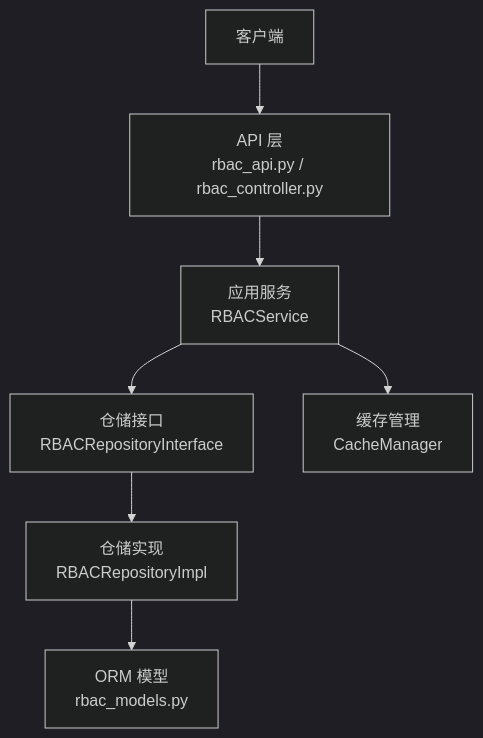
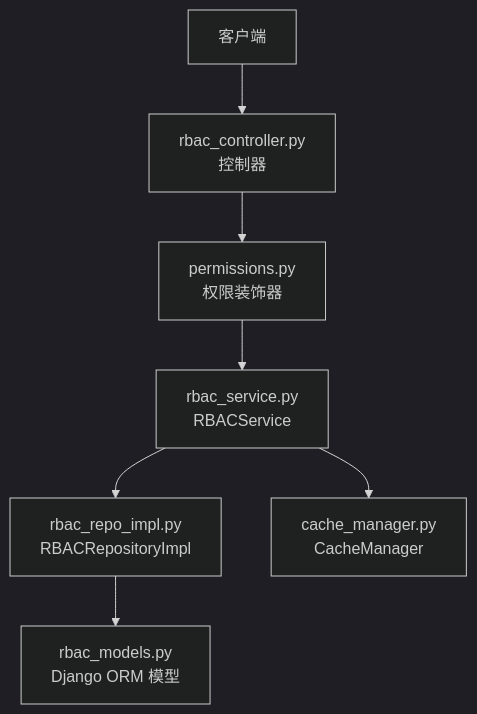
The second of 10 diagrams in .qoder/repowiki/zh/content/核心模块/权限管理系统.md (taoweidong/Hello-Django-Ninja-Api), drawn with Mermaid (dark theme) before and after one commit. The commit also changed other lines of this file and 96 other files, not shown here.

````diff
--- a/.qoder/repowiki/zh/content/核心模块/权限管理系统.md
+++ b/.qoder/repowiki/zh/content/核心模块/权限管理系统.md
@@ -125,9 +131,9 @@
 ```mermaid
 graph TB
-Client["客户端"] --> API["API 层<br/>rbac_api.py / rbac_controller.py"]
-API --> Service["应用服务<br/>RBACService"]
-Service --> Repo["仓储接口<br/>RBACRepositoryInterface"]
-Repo --> Impl["仓储实现<br/>RBACRepositoryImpl"]
-Impl --> Models["ORM 模型<br/>rbac_models.py"]
-Service --> Cache["缓存管理<br/>CacheManager"]
+Client["客户端"] --> API["rbac_controller.py<br/>控制器"]
+API --> Perm["permissions.py<br/>权限装饰器"]
+Perm --> Service["rbac_service.py<br/>RBACService"]
+Service --> Repo["rbac_repo_impl.py<br/>RBACRepositoryImpl"]
+Repo --> Models["rbac_models.py<br/>Django ORM 模型"]
+Service --> Cache["cache_manager.py<br/>CacheManager"]
 ```
````
